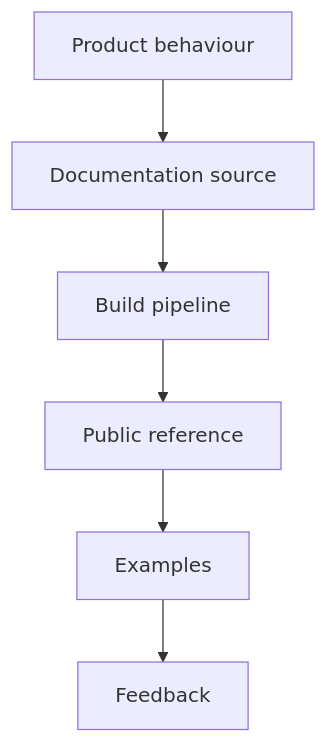
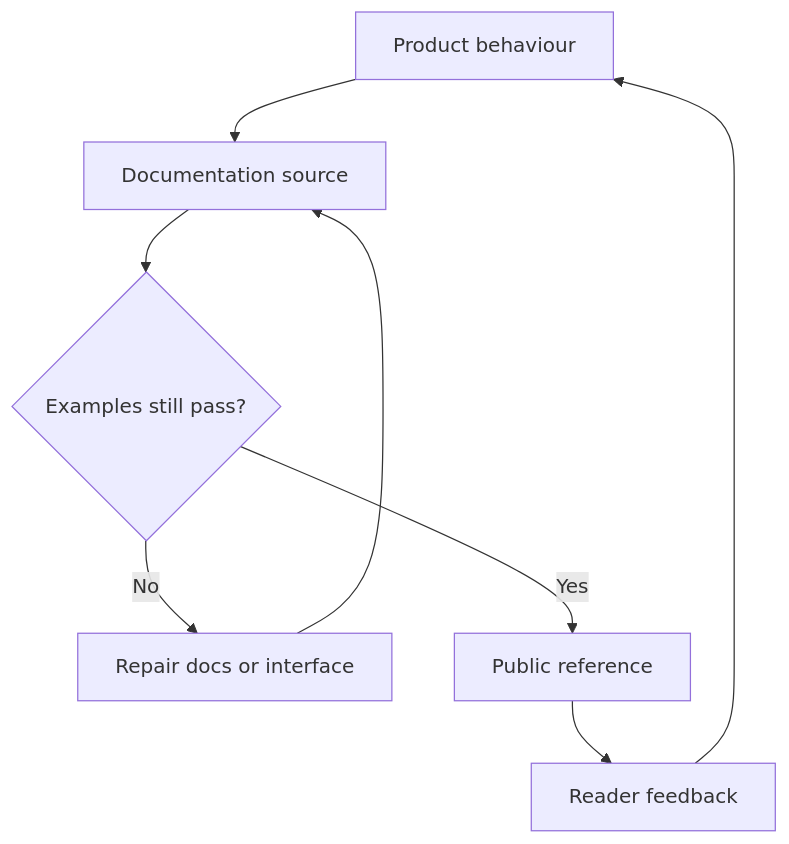
The diagram in README.md (J0UH/developer-docs-content), drawn with Mermaid before and after one commit. The commit also changed other lines of this file and 2 other files, not shown here.

Commit message:
docs: refine project portfolio

````diff
--- a/README.md
+++ b/README.md
@@ -25,14 +30,12 @@
 ```mermaid
 flowchart TD
-    n0["Product behaviour"]
-    n1["Documentation source"]
-    n2["Build pipeline"]
-    n3["Public reference"]
-    n4["Examples"]
-    n5["Feedback"]
-    n0 --> n1
-    n1 --> n2
-    n2 --> n3
-    n3 --> n4
-    n4 --> n5
+accTitle: Developer documentation and content systems
+accDescr: Documentation is built against product behaviour. Examples gate publication; failures repair either the docs or the interface, and reader feedback returns to the product source.
+    behaviour["Product behaviour"] --> source["Documentation source"]
+    source --> build{"Examples still pass?"}
+    build -->|No| repair["Repair docs or interface"]
+    repair --> source
+    build -->|Yes| publish["Public reference"]
+    publish --> feedback["Reader feedback"]
+    feedback --> behaviour
 ```
````
